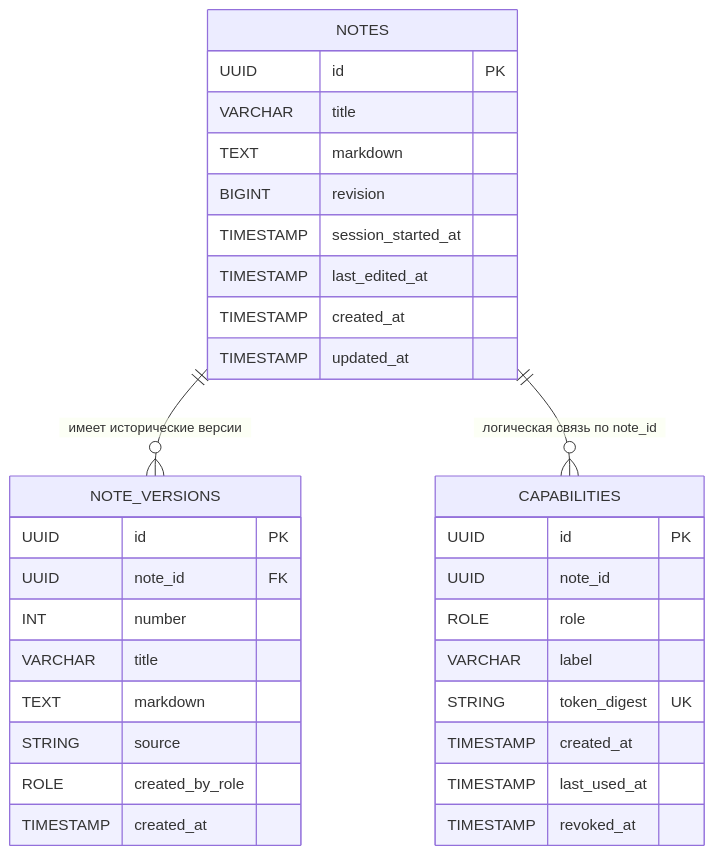
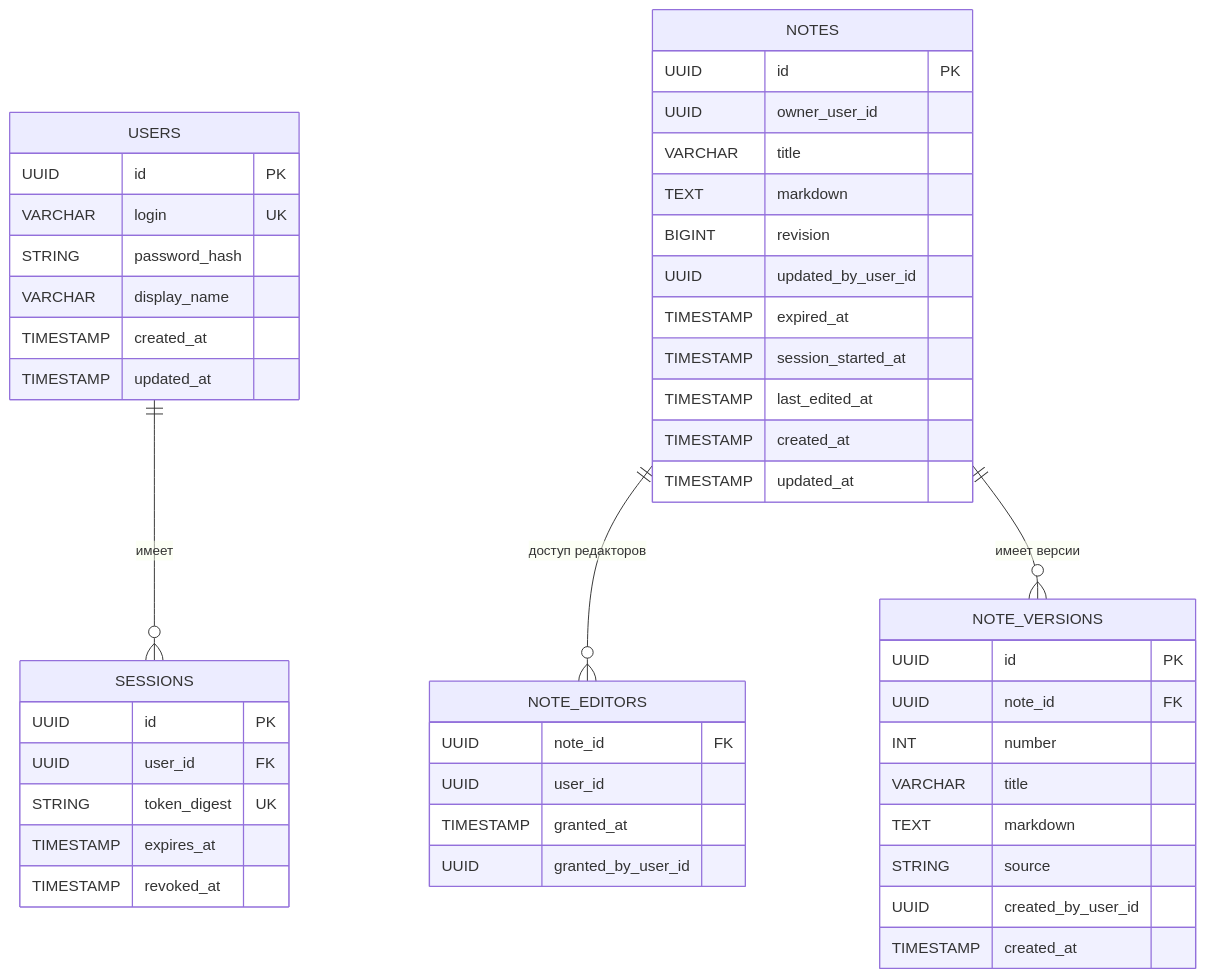
The second of 2 diagrams in PLAN.md (grachevelloper/study-software_creation), drawn with Mermaid before and after one commit. The commit also changed other lines of this file and 1 other file, not shown here.

````diff
--- a/PLAN.md
+++ b/PLAN.md
@@ -299,38 +294,55 @@
 ```mermaid
 erDiagram
+    USERS {
+        UUID id PK
+        VARCHAR login UK
+        STRING password_hash
+        VARCHAR display_name
+        TIMESTAMP created_at
+        TIMESTAMP updated_at
+    }
+
+    SESSIONS {
+        UUID id PK
+        UUID user_id FK
+        STRING token_digest UK
+        TIMESTAMP expires_at
+        TIMESTAMP revoked_at
+    }
+
     NOTES {
         UUID id PK
+        UUID owner_user_id
         VARCHAR title
         TEXT markdown
         BIGINT revision
+        UUID updated_by_user_id
+        TIMESTAMP expired_at
         TIMESTAMP session_started_at
         TIMESTAMP last_edited_at
         TIMESTAMP created_at
         TIMESTAMP updated_at
+    }
+
+    NOTE_EDITORS {
+        UUID note_id FK
+        UUID user_id
+        TIMESTAMP granted_at
+        UUID granted_by_user_id
     }
 
     NOTE_VERSIONS {
         UUID id PK
         UUID note_id FK
         INT number
         VARCHAR title
         TEXT markdown
         STRING source
-        ROLE created_by_role
+        UUID created_by_user_id
         TIMESTAMP created_at
     }
 
-    CAPABILITIES {
-        UUID id PK
-        UUID note_id
-        ROLE role
-        VARCHAR label
-        STRING token_digest UK
-        TIMESTAMP created_at
-        TIMESTAMP last_used_at
-        TIMESTAMP revoked_at
-    }
-
-    NOTES ||--o{ NOTE_VERSIONS : "имеет исторические версии"
-    NOTES ||--o{ CAPABILITIES : "логическая связь по note_id"
+    USERS ||--o{ SESSIONS : "имеет"
+    NOTES ||--o{ NOTE_EDITORS : "доступ редакторов"
+    NOTES ||--o{ NOTE_VERSIONS : "имеет версии"
 ```
````
